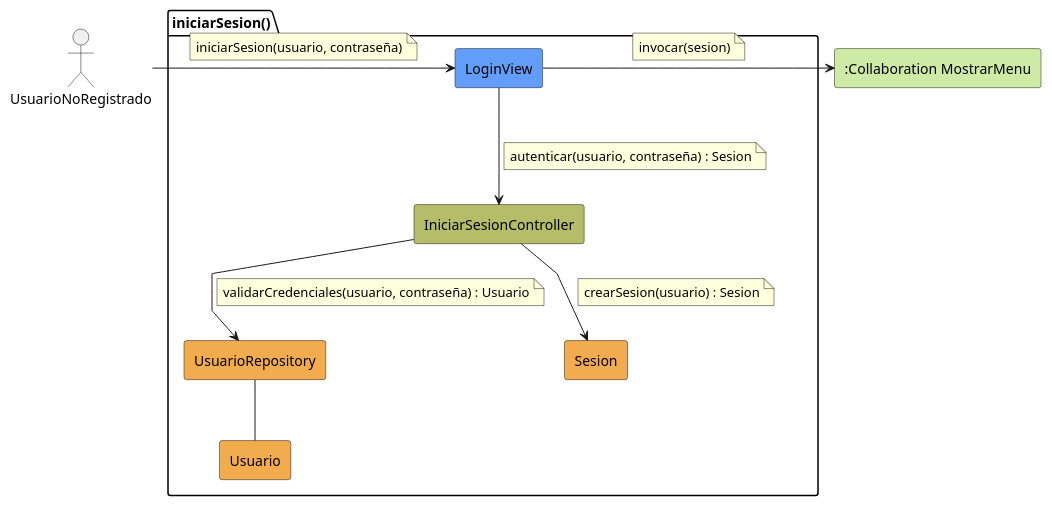
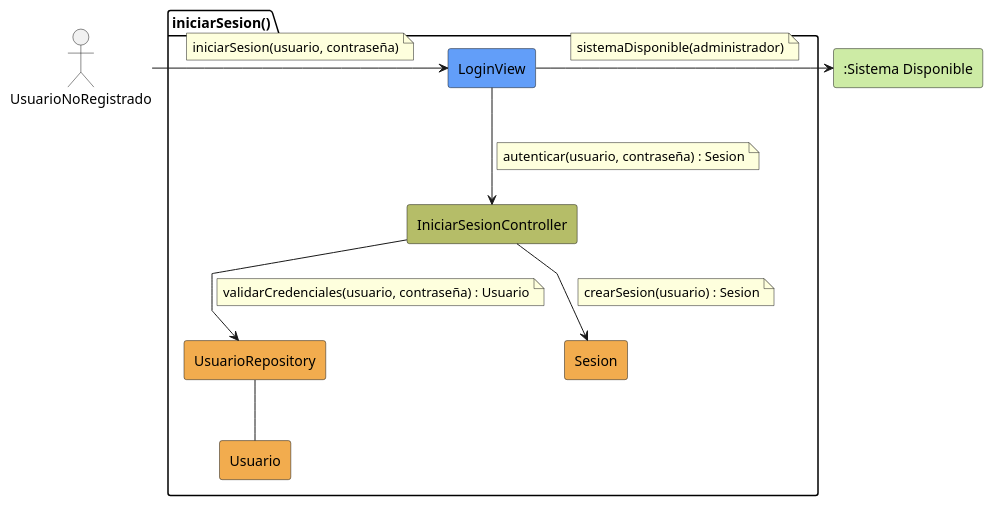
Before and after one commit to Hexcss/scheduler: the diagram in RUP/01-analisis/casos-uso/iniciarSesion/colaboracion.puml, drawn with PlantUML. The commit also changed 5 other files, not shown here.

```diff
--- a/RUP/01-analisis/casos-uso/iniciarSesion/colaboracion.puml
+++ b/RUP/01-analisis/casos-uso/iniciarSesion/colaboracion.puml
@@ -1,43 +1,43 @@
 @startuml iniciarSesion-analisis
 skinparam linetype polyline
 
 actor UsuarioNoRegistrado
 package iniciarSesion as "iniciarSesion()" {
     rectangle #629EF9 LoginView
     rectangle #b5bd68 IniciarSesionController
     rectangle #F2AC4E UsuarioRepository
     rectangle #F2AC4E Usuario
     rectangle #F2AC4E Sesion
 }
-rectangle #CDEBA5 ":Collaboration MostrarMenu" as MostrarMenu
+rectangle #CDEBA5 ":Sistema Disponible" as SistemaDisponible
 
 UsuarioNoRegistrado -r-> LoginView
 note on link
     iniciarSesion(usuario, contraseña)
 end note
 
 LoginView -d-> IniciarSesionController
 note on link
     autenticar(usuario, contraseña) : Sesion
 end note
 
 IniciarSesionController --> UsuarioRepository
 note on link
     validarCredenciales(usuario, contraseña) : Usuario
 end note
 
 UsuarioRepository -- Usuario
 
 IniciarSesionController --> Sesion
 note on link
     crearSesion(usuario) : Sesion
 end note
 
-LoginView -r-> MostrarMenu
+LoginView -r-> SistemaDisponible
 note on link
-    invocar(sesion)
+    sistemaDisponible(administrador)
 end note
 
 
 
 @enduml
```
